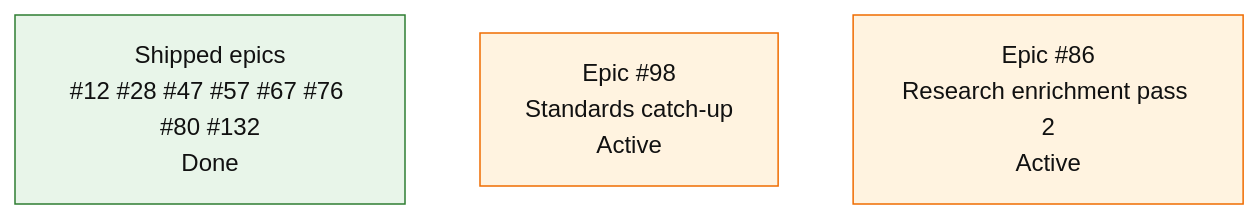
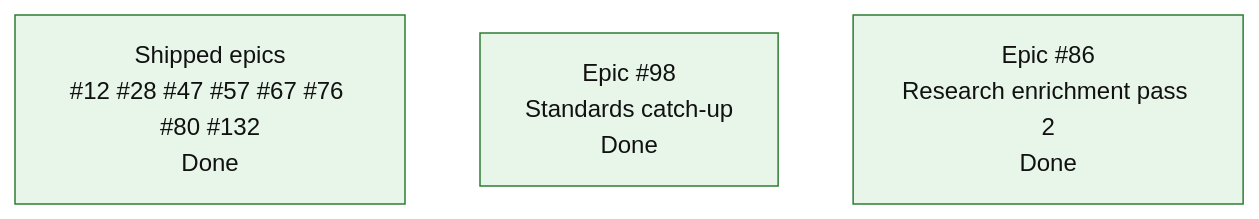
One commit to mihaelamj/cvbuilder changed the second of 2 diagrams in README.md. Above: the diagram before and after it, drawn with Mermaid (base theme). The commit also changed other lines of this file and 1 other file, not shown here.

First line of the commit message:
docs: refresh README and roadmap for completed epics and R17/R18 features (#159)

````diff
--- a/README.md
+++ b/README.md
@@ -303,11 +311,11 @@
 ```mermaid
 flowchart TD
     Shipped["Shipped epics<br/>#12 #28 #47 #57 #67 #76 #80 #132<br/>Done"]
-    E98["Epic #98<br/>Standards catch-up<br/>Active"]
-    E86["Epic #86<br/>Research enrichment pass 2<br/>Active"]
+    E98["Epic #98<br/>Standards catch-up<br/>Done"]
+    E86["Epic #86<br/>Research enrichment pass 2<br/>Done"]
 
     classDef done fill:#e8f5e9,stroke:#2e7d32,color:#111;
     classDef active fill:#fff3e0,stroke:#ef6c00,color:#111;
     class Shipped done;
-    class E98,E86 active;
+    class E98,E86 done;
 ```
````
